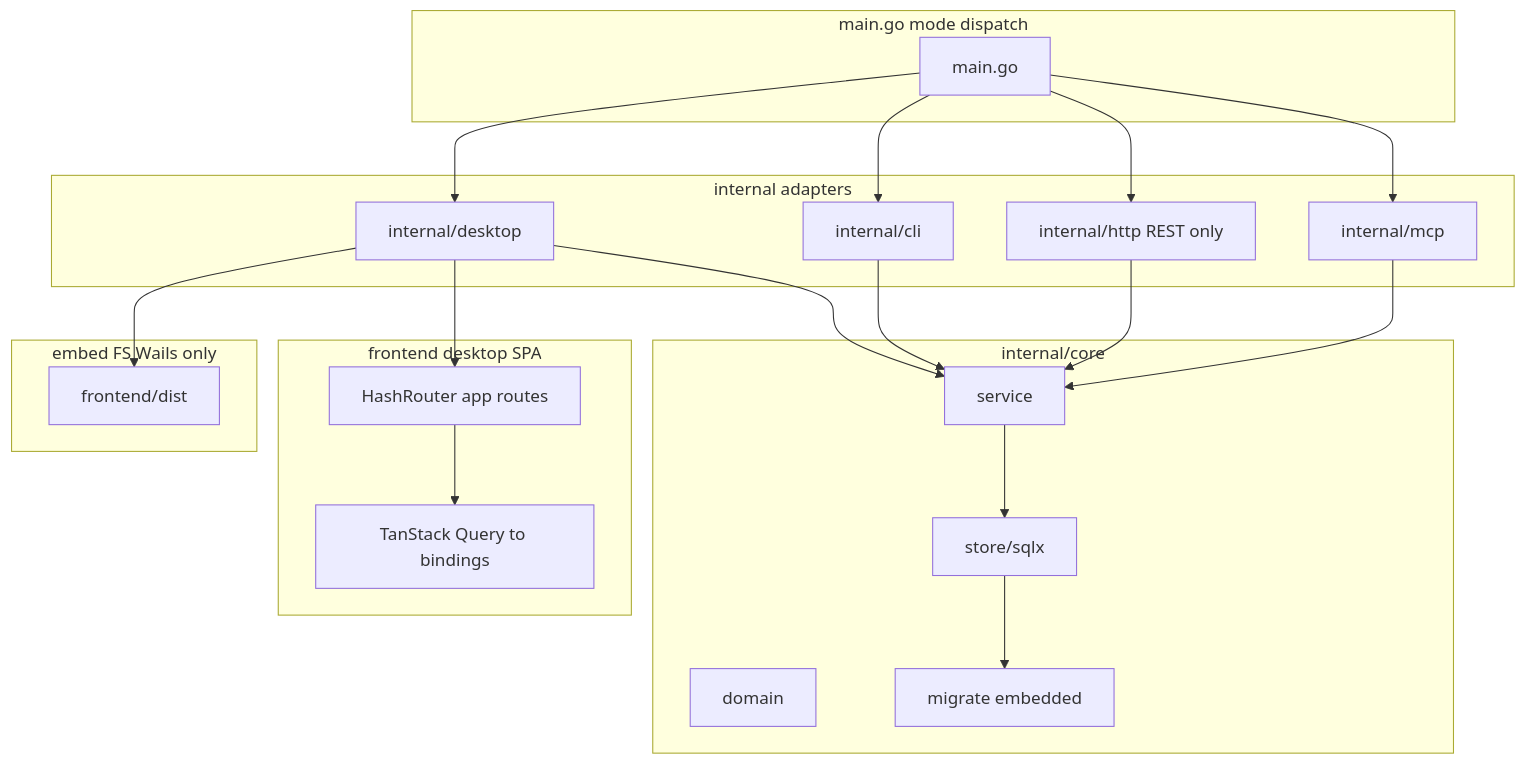
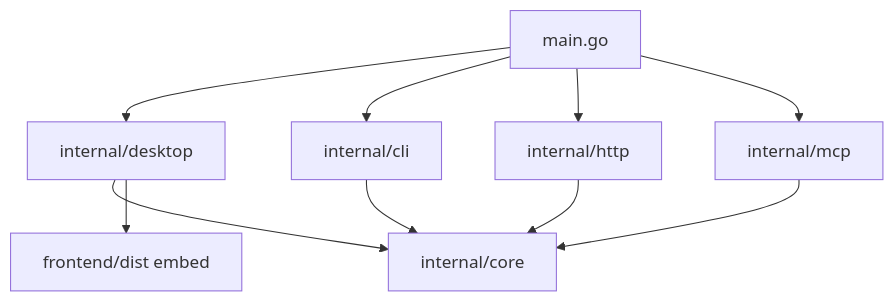
Before and after one commit to skarabasakis/subtill: the first of 2 diagrams in .cursor/plans/subtill_scaffolding_bootstrap_8431a679.plan.md, drawn with Mermaid. The commit also changed other lines of this file, not shown here.

````diff
--- a/.cursor/plans/subtill_scaffolding_bootstrap_8431a679.plan.md
+++ b/.cursor/plans/subtill_scaffolding_bootstrap_8431a679.plan.md
@@ -114,38 +40,12 @@
 ```mermaid
 flowchart TB
-  subgraph entry [main.go mode dispatch]
-    Main[main.go]
-  end
-  subgraph adapters [internal adapters]
-    Desktop[internal/desktop]
-    CLI[internal/cli]
-    API[internal/http REST only]
-    MCP[internal/mcp]
-  end
-  subgraph core [internal/core]
-    Domain[domain]
-    Service[service]
-    Store[store/sqlx]
-    Migrate[migrate embedded]
-  end
-  subgraph front [frontend desktop SPA]
-    App[HashRouter app routes]
-    Query[TanStack Query to bindings]
-  end
-  subgraph embed [embed FS Wails only]
-    Dist[frontend/dist]
-  end
-  Main --> Desktop
-  Main --> CLI
-  Main --> API
-  Main --> MCP
-  Desktop --> Service
-  CLI --> Service
-  API --> Service
-  MCP --> Service
-  Service --> Store
-  Store --> Migrate
-  Desktop --> Dist
-  App --> Query
-  Desktop --> App
+  Main[main.go] --> Desktop[internal/desktop]
+  Main --> CLI[internal/cli]
+  Main --> API[internal/http]
+  Main --> MCP[internal/mcp]
+  Desktop --> Core[internal/core]
+  CLI --> Core
+  API --> Core
+  MCP --> Core
+  Desktop --> Dist[frontend/dist embed]
 ```
````
